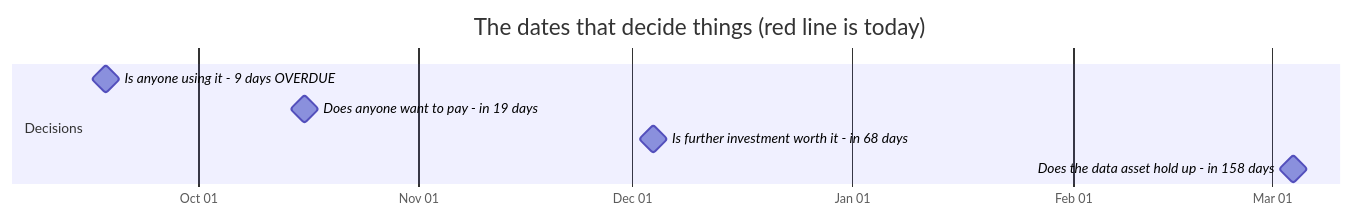
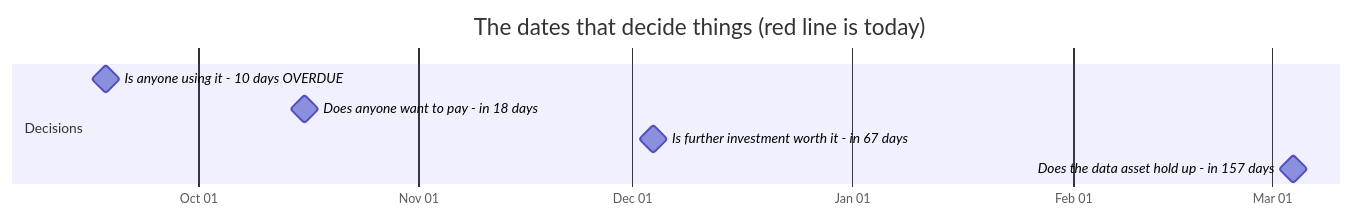
The first of 2 diagrams in docs/OWNER.md (jakegu1/vetagent), drawn with Mermaid before and after one commit. The commit also changed other lines of this file and 1 other file, not shown here.

````diff
--- a/docs/OWNER.md
+++ b/docs/OWNER.md
@@ -75,12 +75,12 @@
 ```mermaid
 gantt
     dateFormat YYYY-MM-DD
     axisFormat %b %d
     todayMarker stroke-width:3px,stroke:#d33,stroke-dasharray:0
     title The dates that decide things (red line is today)
     section Decisions
-    Is anyone using it - 9 days OVERDUE :milestone, 2026-09-18, 0d
-    Does anyone want to pay - in 19 days :milestone, 2026-10-16, 0d
-    Is further investment worth it - in 68 days :milestone, 2026-12-04, 0d
-    Does the data asset hold up - in 158 days :milestone, 2027-03-04, 0d
+    Is anyone using it - 10 days OVERDUE :milestone, 2026-09-18, 0d
+    Does anyone want to pay - in 18 days :milestone, 2026-10-16, 0d
+    Is further investment worth it - in 67 days :milestone, 2026-12-04, 0d
+    Does the data asset hold up - in 157 days :milestone, 2027-03-04, 0d
 ```
````
